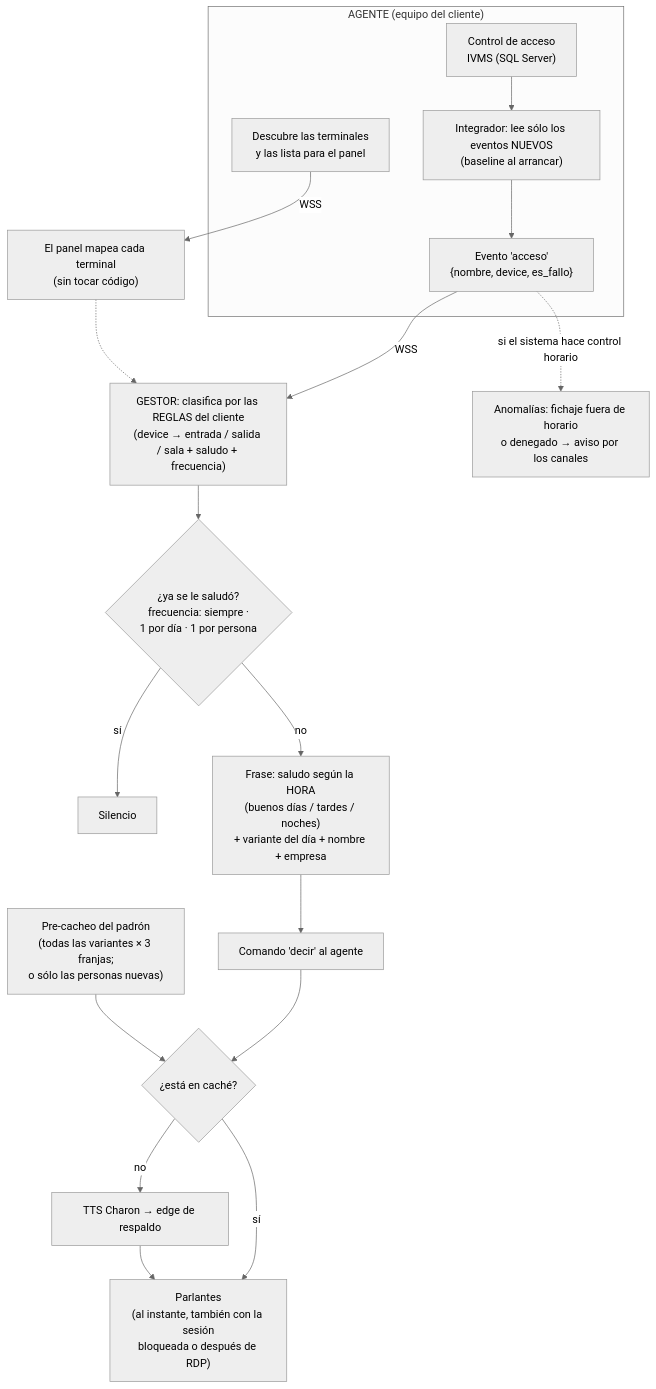
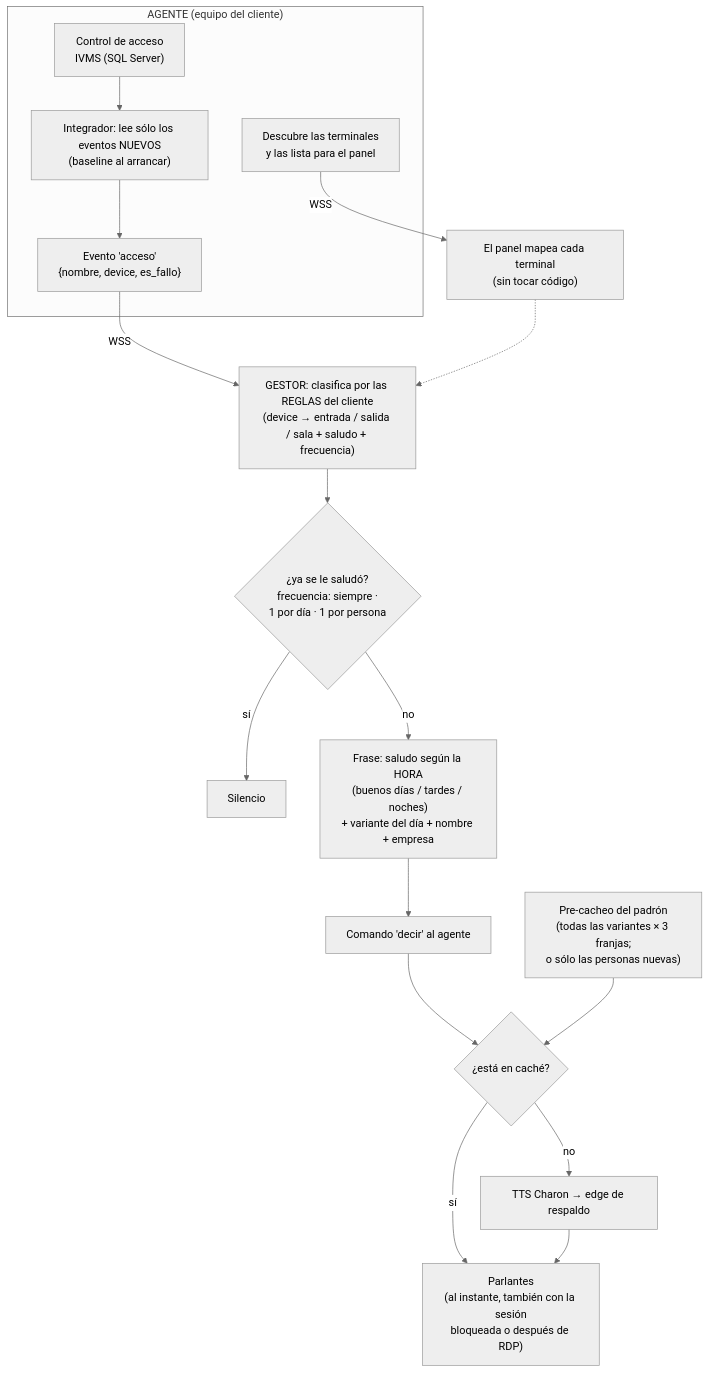
The third of 6 diagrams in DOCUMENTO_MAESTRO.md (bsierra4262/ithos), drawn with Mermaid (neutral theme) before and after one commit. The commit also changed other lines of this file and 47 other files, not shown here.

````diff
--- a/DOCUMENTO_MAESTRO.md
+++ b/DOCUMENTO_MAESTRO.md
@@ -144,20 +143,19 @@
 ```mermaid
 flowchart TD
     subgraph AGE["AGENTE (equipo del cliente)"]
         SIS["Control de acceso<br/>IVMS (SQL Server)"] --> INT["Integrador: lee sólo los eventos NUEVOS<br/>(baseline al arrancar)"]
         INT --> EV["Evento 'acceso'<br/>{nombre, device, es_fallo}"]
         DESC["Descubre las terminales<br/>y las lista para el panel"]
     end
     EV -->|"WSS"| CLA["GESTOR: clasifica por las REGLAS del cliente<br/>(device → entrada / salida / sala + saludo + frecuencia)"]
     DESC -->|"WSS"| MAP["El panel mapea cada terminal<br/>(sin tocar código)"]
     MAP -.-> CLA
     CLA --> DED{"¿ya se le saludó?<br/>frecuencia: siempre ·<br/>1 por día · 1 por persona"}
     DED -->|"sí"| NADA["Silencio"]
     DED -->|"no"| FR["Frase: saludo según la HORA<br/>(buenos días / tardes / noches)<br/>+ variante del día + nombre + empresa"]
     FR --> CMD["Comando 'decir' al agente"]
     CMD --> CAC{"¿está en caché?"}
     CAC -->|"sí"| PAR["Parlantes<br/>(al instante, también con la sesión<br/>bloqueada o después de RDP)"]
     CAC -->|"no"| TTS["TTS Charon → edge de respaldo"] --> PAR
     PRE["Pre-cacheo del padrón<br/>(todas las variantes × 3 franjas;<br/>o sólo las personas nuevas)"] --> CAC
-    EV -.->|"si el sistema hace control horario"| ANO["Anomalías: fichaje fuera de horario<br/>o denegado → aviso por los canales"]
 ```
````
